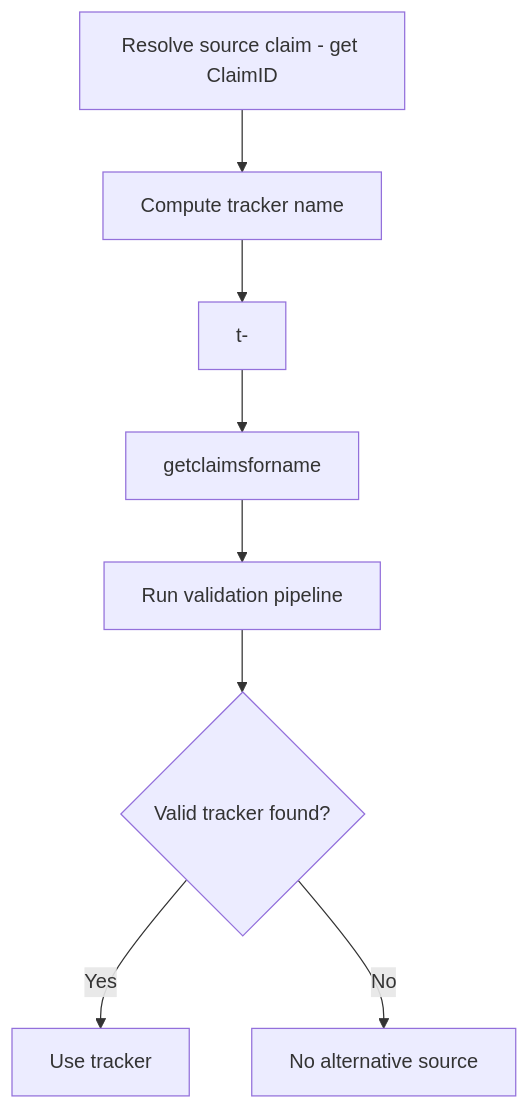
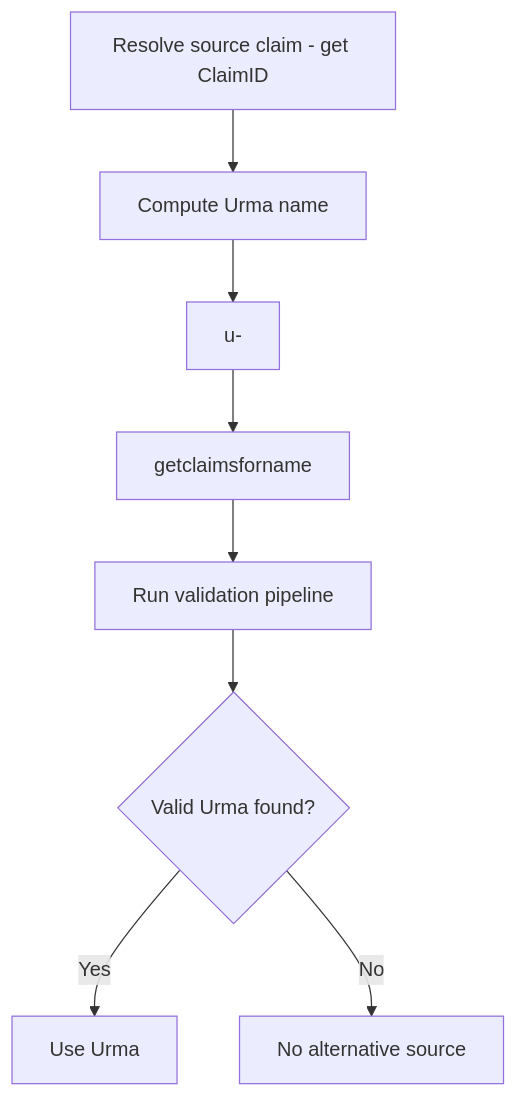
The first of 3 diagrams in docs/claim-naming.md (LumeWeb/tracker-protocol), drawn with Mermaid before and after one commit. The commit also changed other lines of this file and 19 other files, not shown here.

````diff
--- a/docs/claim-naming.md
+++ b/docs/claim-naming.md
@@ -162,10 +162,10 @@
 ```mermaid
 flowchart TD
-    A[Resolve source claim - get ClaimID] --> B[Compute tracker name]
-    B --> C["t-<hex(claim_id)>"]
+    A[Resolve source claim - get ClaimID] --> B[Compute Urma name]
+    B --> C["u-<hex(claim_id)>"]
     C --> D["getclaimsforname"]
     D --> E[Run validation pipeline]
-    E --> F{Valid tracker found?}
-    F -->|Yes| G[Use tracker]
+    E --> F{Valid Urma found?}
+    F -->|Yes| G[Use Urma]
     F -->|No| H[No alternative source]
 ```
````
